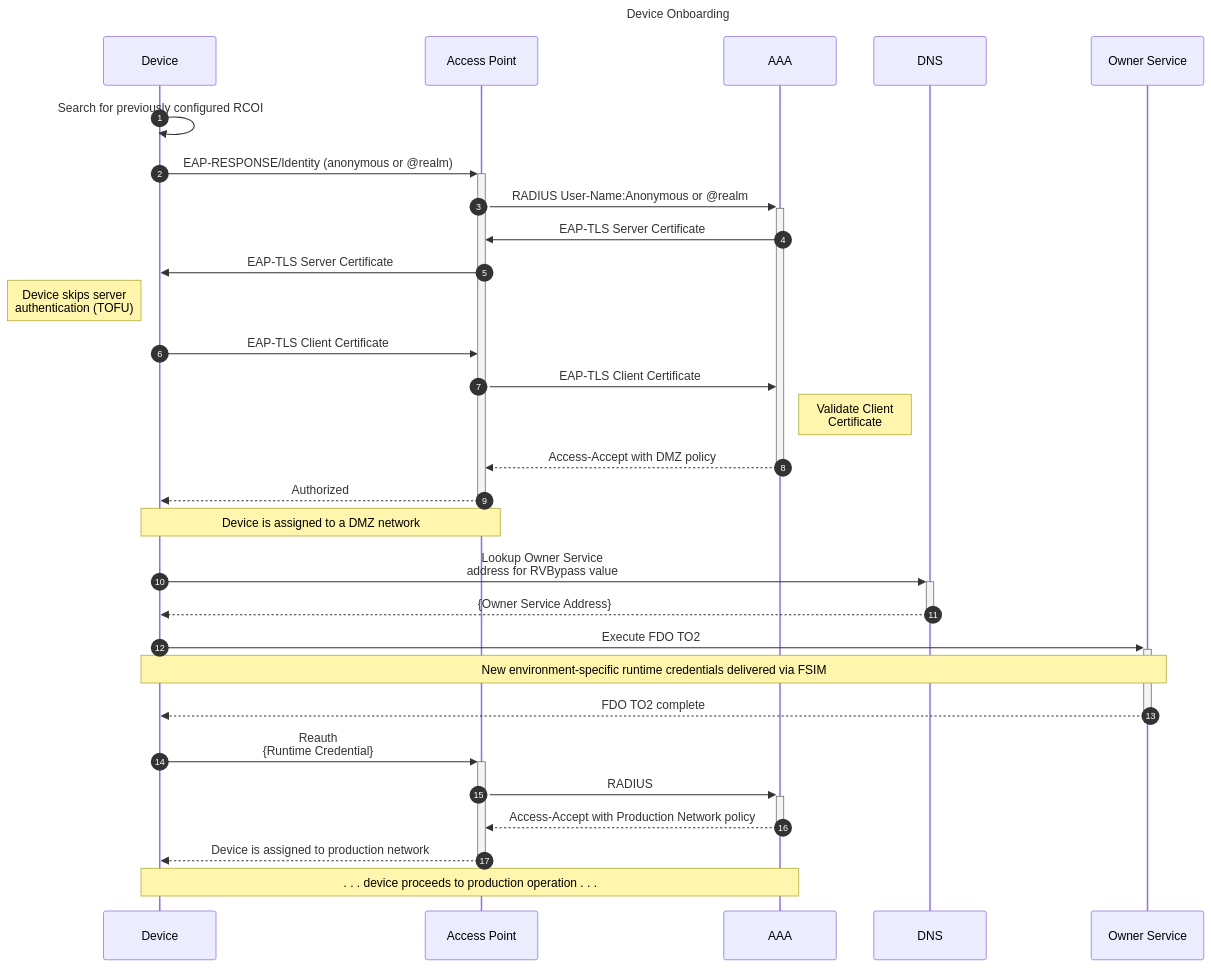
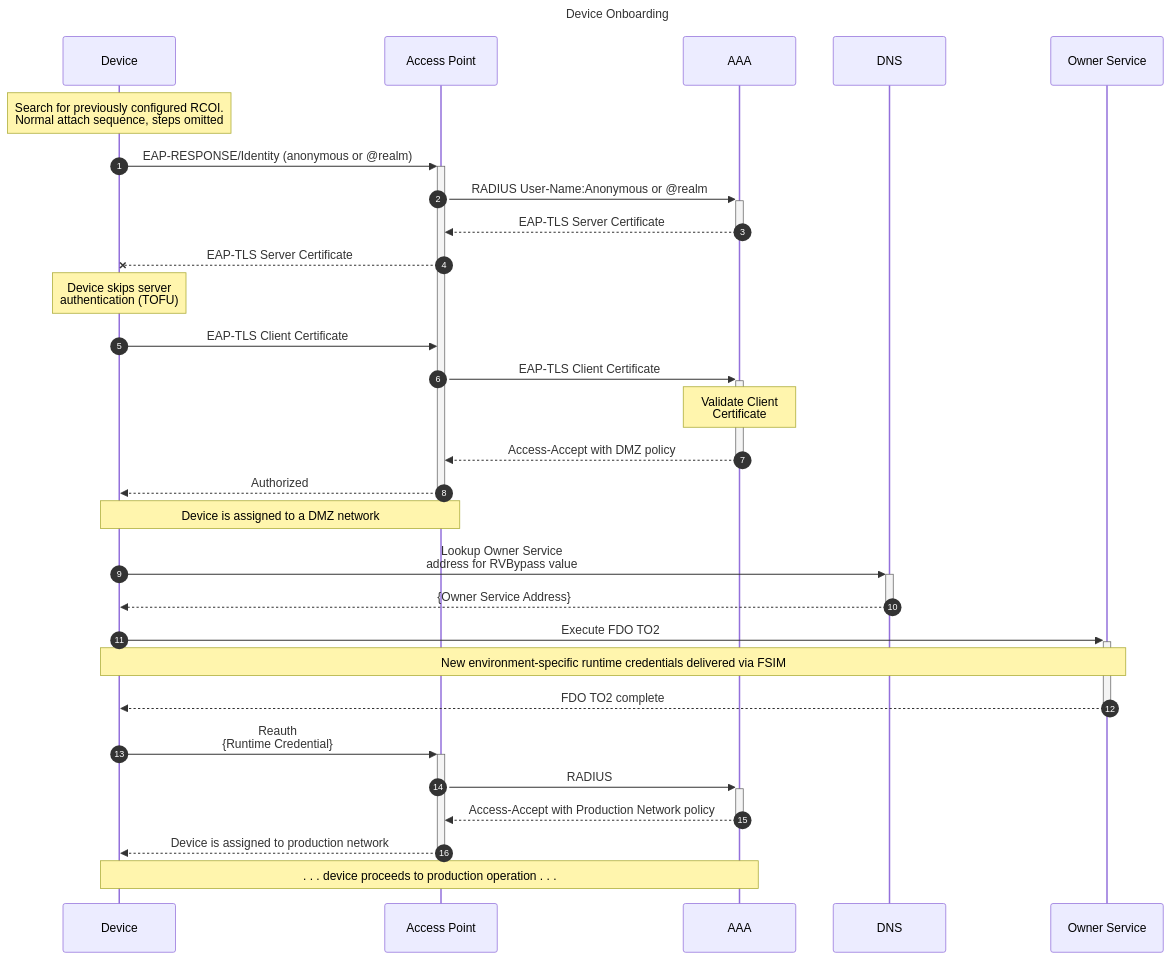
One commit to wireless-broadband-alliance/WBA-FIDO-Collaboration changed the second of 2 diagrams in WORKFLOWS.md. Above: the diagram before and after it, drawn with Mermaid. The commit also changed other lines of this file, not shown here.

````diff
--- a/WORKFLOWS.md
+++ b/WORKFLOWS.md
@@ -70,41 +70,41 @@
 ```mermaid
 sequenceDiagram
     title Device Onboarding
     participant dev as Device
     participant ap as Access Point
     participant aaa as AAA
     participant dns as DNS
     participant owner as Owner Service
 
     autonumber
 
-    dev ->> dev: Search for previously configured RCOI
+    note over dev: Search for previously configured RCOI.<br/>Normal attach sequence, steps omitted
     dev ->>+ ap: EAP-RESPONSE/Identity (anonymous or @realm)
     ap ->>+ aaa: RADIUS User-Name:Anonymous or @realm
 
-    aaa ->> ap: EAP-TLS Server Certificate
-    ap ->> dev: EAP-TLS Server Certificate
-    note left of dev : Device skips server<br>authentication (TOFU)
+    aaa -->>- ap: EAP-TLS Server Certificate
+    ap --x dev: EAP-TLS Server Certificate
+    note over dev : Device skips server<br/>authentication (TOFU)
 
     dev ->> ap: EAP-TLS Client Certificate
-    ap ->> aaa: EAP-TLS Client Certificate
+    ap ->>+ aaa: EAP-TLS Client Certificate
 
-    note right of aaa : Validate Client<br>Certificate
+    note over aaa : Validate Client<br/>Certificate
 
     aaa -->>- ap: Access-Accept with DMZ policy
     ap -->>- dev: Authorized
     note over dev,ap: Device is assigned to a DMZ network
 
     dev ->>+ dns: Lookup Owner Service<br/>address for RVBypass value
     dns -->>- dev: {Owner Service Address}
 
     dev ->>+ owner: Execute FDO TO2
     note over dev,owner: New environment-specific runtime credentials delivered via FSIM
     owner -->>- dev: FDO TO2 complete
 
     dev ->>+ ap: Reauth<br/>{Runtime Credential}
     ap ->>+ aaa: RADIUS
     aaa -->>- ap: Access-Accept with Production Network policy
     ap -->>- dev: Device is assigned to production network
     note over dev,aaa: . . . device proceeds to production operation . . .
 ```
````
